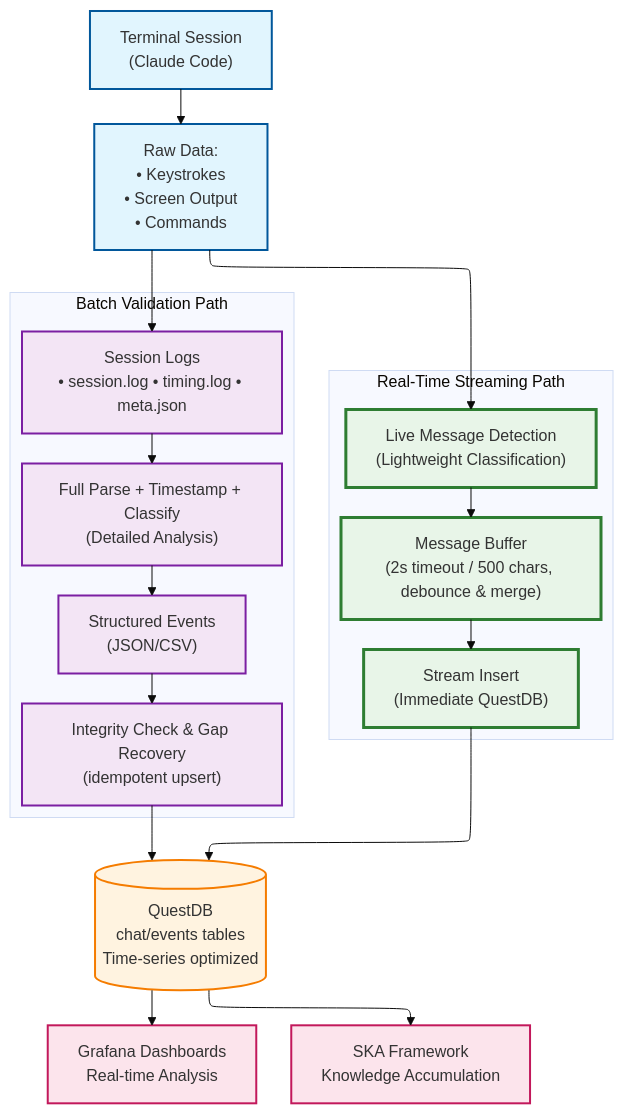
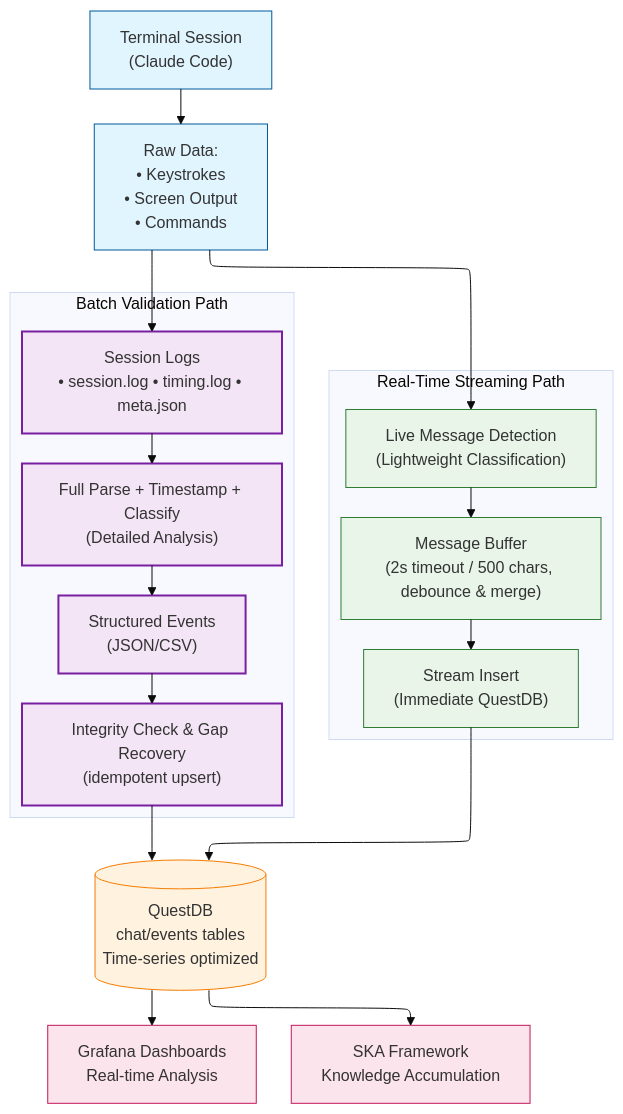
Before and after one commit to quantiota/AI-Agent-Host: the diagram in claude-code/chat-history/README.md, drawn with Mermaid.

````diff
--- a/claude-code/chat-history/README.md
+++ b/claude-code/chat-history/README.md
@@ -152,67 +152,67 @@
 ```mermaid
 ---
 config:
   look: classic
   theme: base
   layout: elk
 ---
 flowchart TD
     %% Input Layer
     terminal[" Terminal Session<br/>(Claude Code)"]
     raw["Raw Data:<br/>• Keystrokes<br/>• Screen Output<br/>• Commands"]
     
     %% Dual Processing Paths
     subgraph "Real-Time Streaming Path"
         direction TB
         realtime_detect[" Live Message Detection<br/>(Lightweight Classification)"]
         message_buffer[" Message Buffer<br/>(2s timeout / 500 chars, debounce & merge)"]
         stream_insert[" Stream Insert<br/>(Immediate QuestDB)"]
     end
     
     subgraph "Batch Validation Path"
         direction TB
         logs[" Session Logs<br/>• session.log • timing.log • meta.json"]
         parser[" Full Parse + Timestamp + Classify<br/>(Detailed Analysis)"]
         events[" Structured Events<br/>(JSON/CSV)"]
         validate[" Integrity Check & Gap Recovery<br/>(idempotent upsert)"]
     end
     
     %% Database and Intelligence
     questdb[(" QuestDB<br/>chat/events tables<br/>Time-series optimized")]
     grafana[" Grafana Dashboards<br/>Real-time Analysis"]
     ska[" SKA Framework<br/>Knowledge Accumulation"]
     
     %% Flow Connections
     terminal --> raw
     raw --> realtime_detect
     raw --> logs
     
     %% Real-time path
     realtime_detect --> message_buffer
     message_buffer --> stream_insert
     stream_insert --> questdb
     
     %% Batch validation path  
     logs --> parser
     parser --> events
     events --> validate
     validate --> questdb
     
     %% Intelligence layer
     questdb --> grafana
     questdb --> ska
     
     %% Styling
-    classDef input fill:#e1f5fe,stroke:#01579b,stroke-width:2px
-    classDef realtime fill:#e8f5e8,stroke:#2e7d32,stroke-width:3px
+    classDef input fill:#e1f5fe,stroke:#01579b,stroke-width:1px
+    classDef realtime fill:#e8f5e8,stroke:#2e7d32,stroke-width:1px
     classDef batch fill:#f3e5f5,stroke:#7b1fa2,stroke-width:2px
-    classDef storage fill:#fff3e0,stroke:#f57c00,stroke-width:2px
-    classDef intelligence fill:#fce4ec,stroke:#c2185b,stroke-width:2px
+    classDef storage fill:#fff3e0,stroke:#f57c00,stroke-width:1px
+    classDef intelligence fill:#fce4ec,stroke:#c2185b,stroke-width:1px
     
     class terminal,raw input
     class realtime_detect,message_buffer,stream_insert realtime
     class logs,parser,events,validate batch
     class questdb storage
     class grafana,ska intelligence
 
 ```
````
